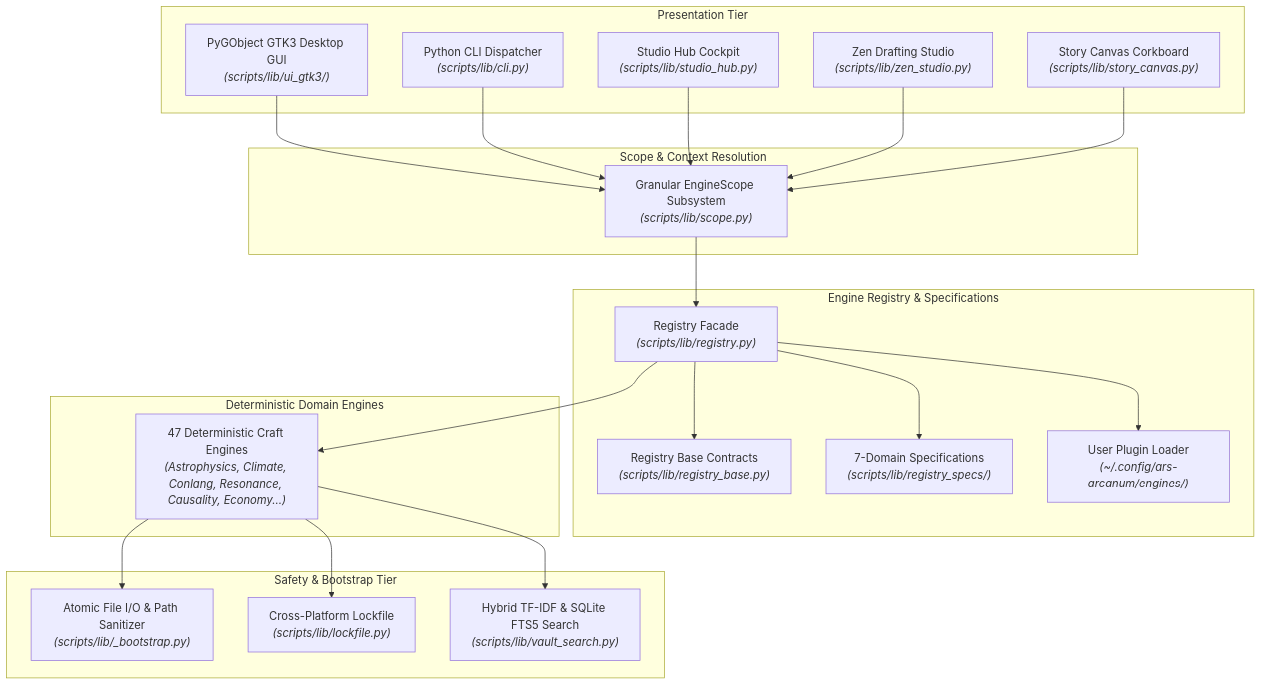
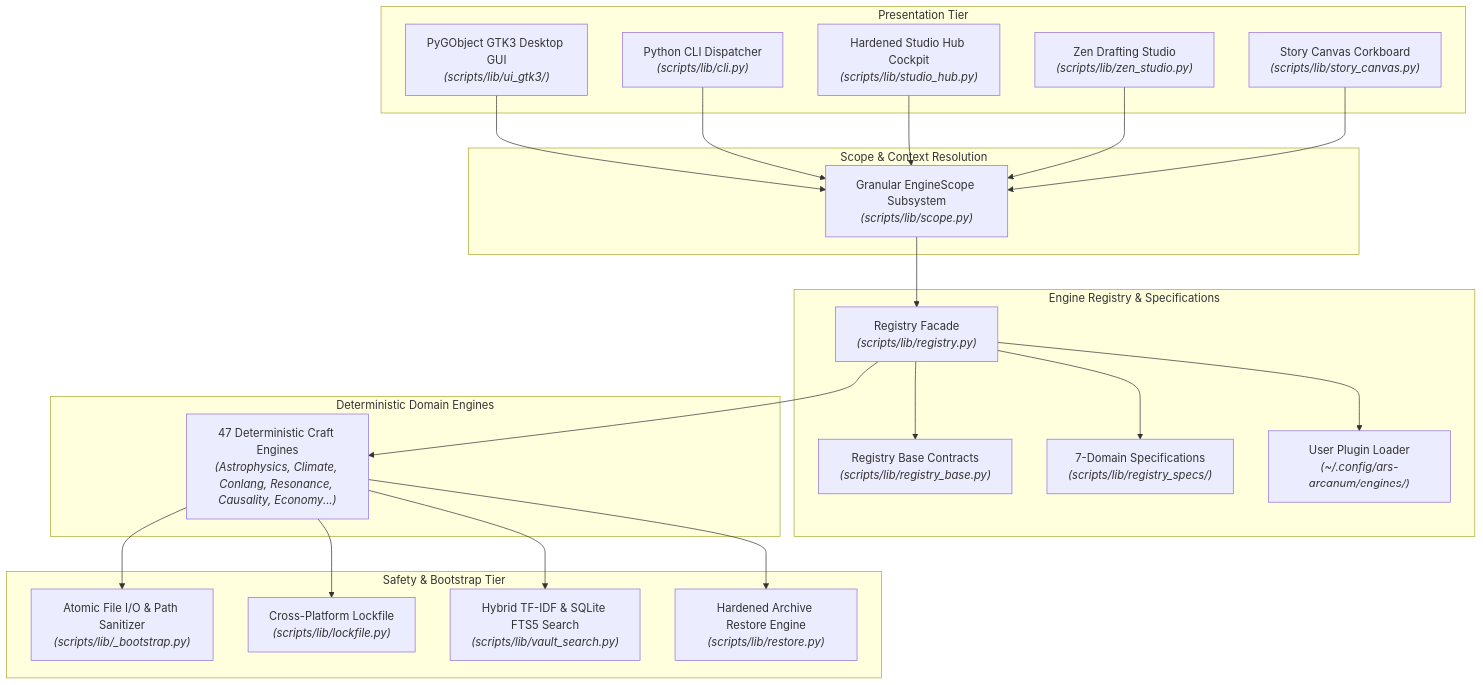
The second of 4 diagrams in docs/ARCHITECTURE.md (aryansinghnagar/Ars-Arcanum), drawn with Mermaid before and after one commit. The commit also changed other lines of this file and 33 other files, not shown here.

````diff
--- a/docs/ARCHITECTURE.md
+++ b/docs/ARCHITECTURE.md
@@ -189,47 +196,49 @@
 ```mermaid
 flowchart TD
     subgraph Presentation Tier
         GUI["PyGObject GTK3 Desktop GUI<br/><i>(scripts/lib/ui_gtk3/)</i>"]
         CLI["Python CLI Dispatcher<br/><i>(scripts/lib/cli.py)</i>"]
-        HUB["Studio Hub Cockpit<br/><i>(scripts/lib/studio_hub.py)</i>"]
+        HUB["Hardened Studio Hub Cockpit<br/><i>(scripts/lib/studio_hub.py)</i>"]
         ZEN["Zen Drafting Studio<br/><i>(scripts/lib/zen_studio.py)</i>"]
         CANVAS["Story Canvas Corkboard<br/><i>(scripts/lib/story_canvas.py)</i>"]
     end
 
     subgraph Scope & Context Resolution
         SCOPE["Granular EngineScope Subsystem<br/><i>(scripts/lib/scope.py)</i>"]
     end
 
     subgraph Engine Registry & Specifications
         REG_FACADE["Registry Facade<br/><i>(scripts/lib/registry.py)</i>"]
         REG_BASE["Registry Base Contracts<br/><i>(scripts/lib/registry_base.py)</i>"]
         REG_SPECS["7-Domain Specifications<br/><i>(scripts/lib/registry_specs/)</i>"]
         PLUGINS["User Plugin Loader<br/><i>(~/.config/ars-arcanum/engines/)</i>"]
     end
 
     subgraph Deterministic Domain Engines
         ENGINES["47 Deterministic Craft Engines<br/><i>(Astrophysics, Climate, Conlang, Resonance, Causality, Economy...)</i>"]
     end
 
     subgraph Safety & Bootstrap Tier
         BOOT["Atomic File I/O & Path Sanitizer<br/><i>(scripts/lib/_bootstrap.py)</i>"]
         LOCK["Cross-Platform Lockfile<br/><i>(scripts/lib/lockfile.py)</i>"]
         FTS["Hybrid TF-IDF & SQLite FTS5 Search<br/><i>(scripts/lib/vault_search.py)</i>"]
+        RESTORE["Hardened Archive Restore Engine<br/><i>(scripts/lib/restore.py)</i>"]
     end
 
     GUI --> SCOPE
     CLI --> SCOPE
     HUB --> SCOPE
     ZEN --> SCOPE
     CANVAS --> SCOPE
 
     SCOPE --> REG_FACADE
     REG_FACADE --> REG_BASE
     REG_FACADE --> REG_SPECS
     REG_FACADE --> PLUGINS
     REG_FACADE --> ENGINES
 
     ENGINES --> BOOT
     ENGINES --> LOCK
     ENGINES --> FTS
+    ENGINES --> RESTORE
 ```
````
